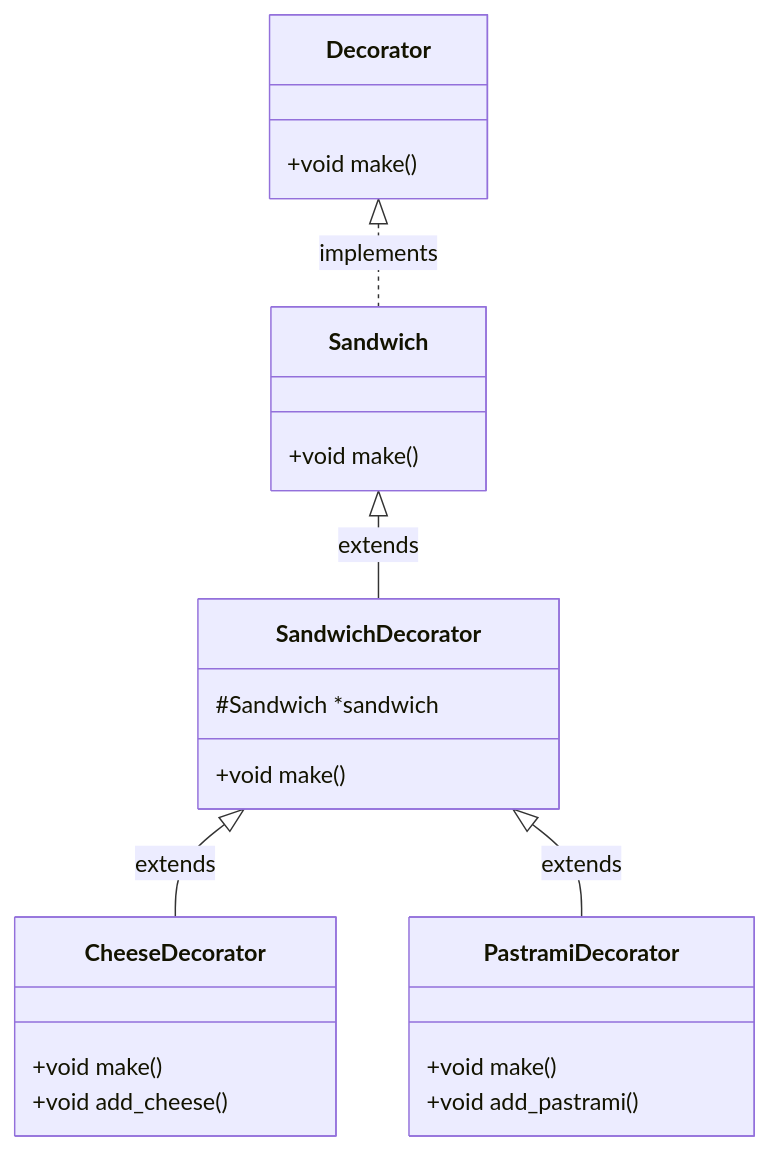
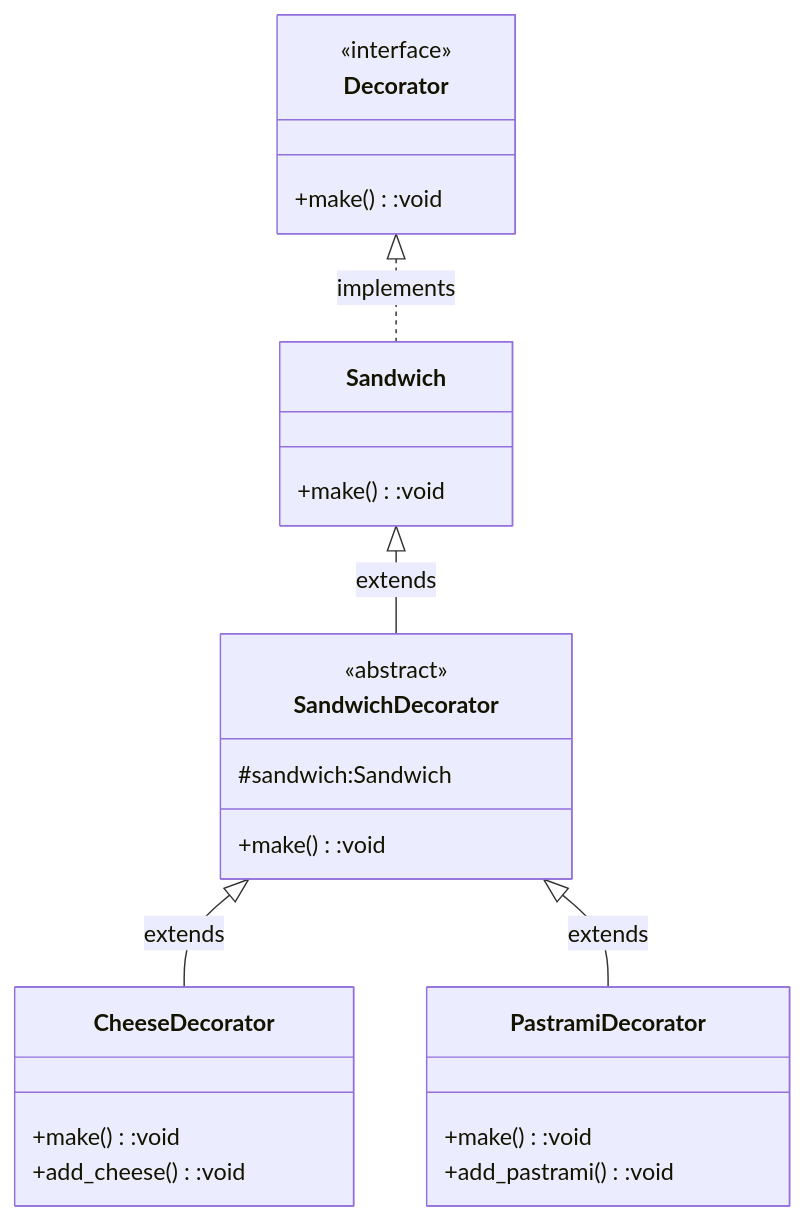
The diagram in Structural/Decorator/README.md (aperlini/Design-Patterns), drawn with Mermaid before and after one commit. The commit also changed 6 other files, not shown here.

Commit message:
structural UML snippets

````diff
--- a/Structural/Decorator/README.md
+++ b/Structural/Decorator/README.md
@@ -5,33 +5,35 @@
 ```mermaid
 classDiagram
 	
 	Decorator <|.. Sandwich:implements
 	Sandwich <|-- SandwichDecorator:extends
 	SandwichDecorator <|-- CheeseDecorator:extends
 	SandwichDecorator <|-- PastramiDecorator:extends
 	
 	class Decorator {
-		+void make()
+		<<interface>>
+		+make():void
 	}
 	
 	class Sandwich {
-		+void make()
+		+make():void
 	}
 	
 	class SandwichDecorator {
-		+void make()
-		#Sandwich *sandwich
+		<<abstract>>
+		+make():void
+		#sandwich:Sandwich
 	}
 	
 	class CheeseDecorator {
-		+void make()
-		+void add_cheese()
+		+make():void
+		+add_cheese():void
 	}
 	
 	class PastramiDecorator {
-		+void make()
-		+void add_pastrami()
+		+make():void
+		+add_pastrami():void
 	}
 	
 	
 ```
````
